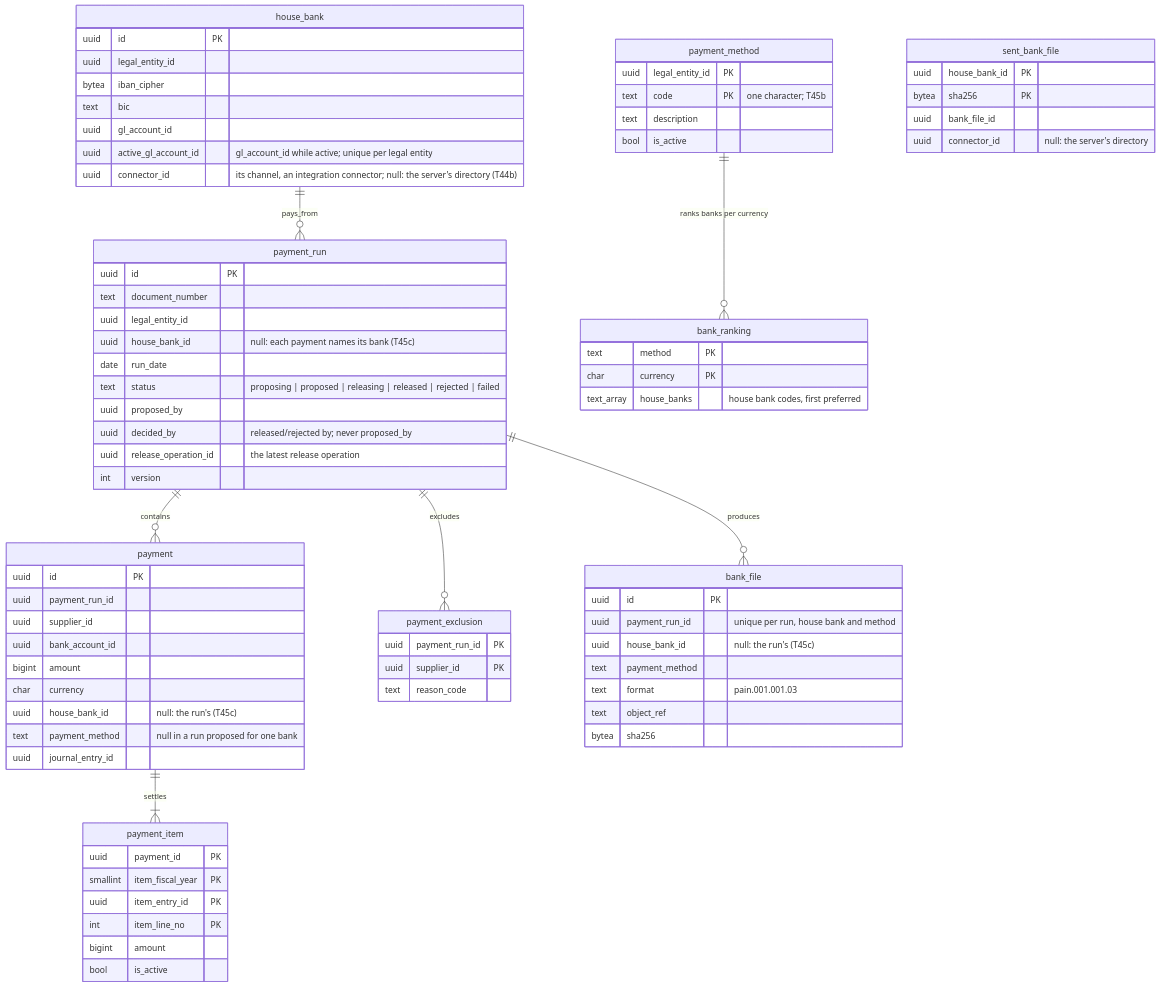
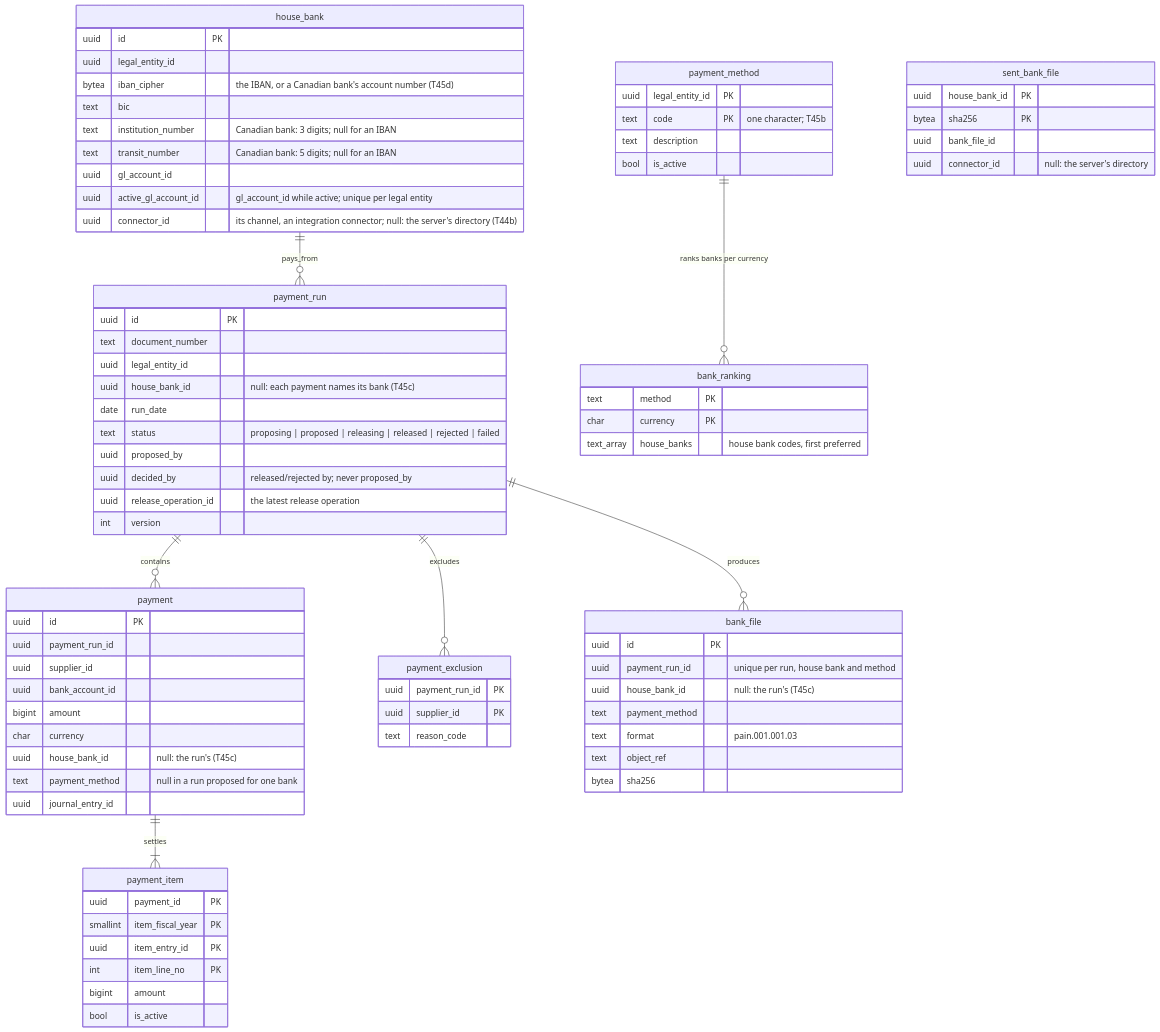
The eighth of 9 diagrams in docs/design/03-data-model.md (mustie7iy/agentic-erp), drawn with Mermaid before and after one commit. The commit also changed other lines of this file and 38 other files, not shown here.

First line of the commit message:
Canadian bank accounts: scheme ca, house banks, pain.001 CACPA (T45d)

````diff
--- a/docs/design/03-data-model.md
+++ b/docs/design/03-data-model.md
@@ -1226,62 +1229,64 @@
 ```mermaid
 erDiagram
   house_bank ||--o{ payment_run : pays_from
   payment_run ||--o{ payment : contains
   payment ||--|{ payment_item : settles
   payment_run ||--o{ payment_exclusion : excludes
   payment_run ||--o{ bank_file : produces
   payment_method ||--o{ bank_ranking : "ranks banks per currency"
   payment_method { uuid legal_entity_id PK
     text code PK "one character; T45b"
     text description
     bool is_active }
   bank_ranking { text method PK
     char currency PK
     text_array house_banks "house bank codes, first preferred" }
   payment_run { uuid id PK
     text document_number
     uuid legal_entity_id
     uuid house_bank_id "null: each payment names its bank (T45c)"
     date run_date
     text status "proposing | proposed | releasing | released | rejected | failed"
     uuid proposed_by
     uuid decided_by "released/rejected by; never proposed_by"
     uuid release_operation_id "the latest release operation"
     int version }
   payment { uuid id PK
     uuid payment_run_id
     uuid supplier_id
     uuid bank_account_id
     bigint amount
     char currency
     uuid house_bank_id "null: the run's (T45c)"
     text payment_method "null in a run proposed for one bank"
     uuid journal_entry_id }
   payment_item { uuid payment_id PK
     smallint item_fiscal_year PK
     uuid item_entry_id PK
     int item_line_no PK
     bigint amount
     bool is_active }
   payment_exclusion { uuid payment_run_id PK
     uuid supplier_id PK
     text reason_code }
   house_bank { uuid id PK
     uuid legal_entity_id
-    bytea iban_cipher
+    bytea iban_cipher "the IBAN, or a Canadian bank's account number (T45d)"
     text bic
+    text institution_number "Canadian bank: 3 digits; null for an IBAN"
+    text transit_number "Canadian bank: 5 digits; null for an IBAN"
     uuid gl_account_id
     uuid active_gl_account_id "gl_account_id while active; unique per legal entity"
     uuid connector_id "its channel, an integration connector; null: the server's directory (T44b)" }
   sent_bank_file { uuid house_bank_id PK
     bytea sha256 PK
     uuid bank_file_id
     uuid connector_id "null: the server's directory" }
   bank_file { uuid id PK
     uuid payment_run_id "unique per run, house bank and method"
     uuid house_bank_id "null: the run's (T45c)"
     text payment_method
     text format "pain.001.001.03"
     text object_ref
     bytea sha256 }
 ```
````
